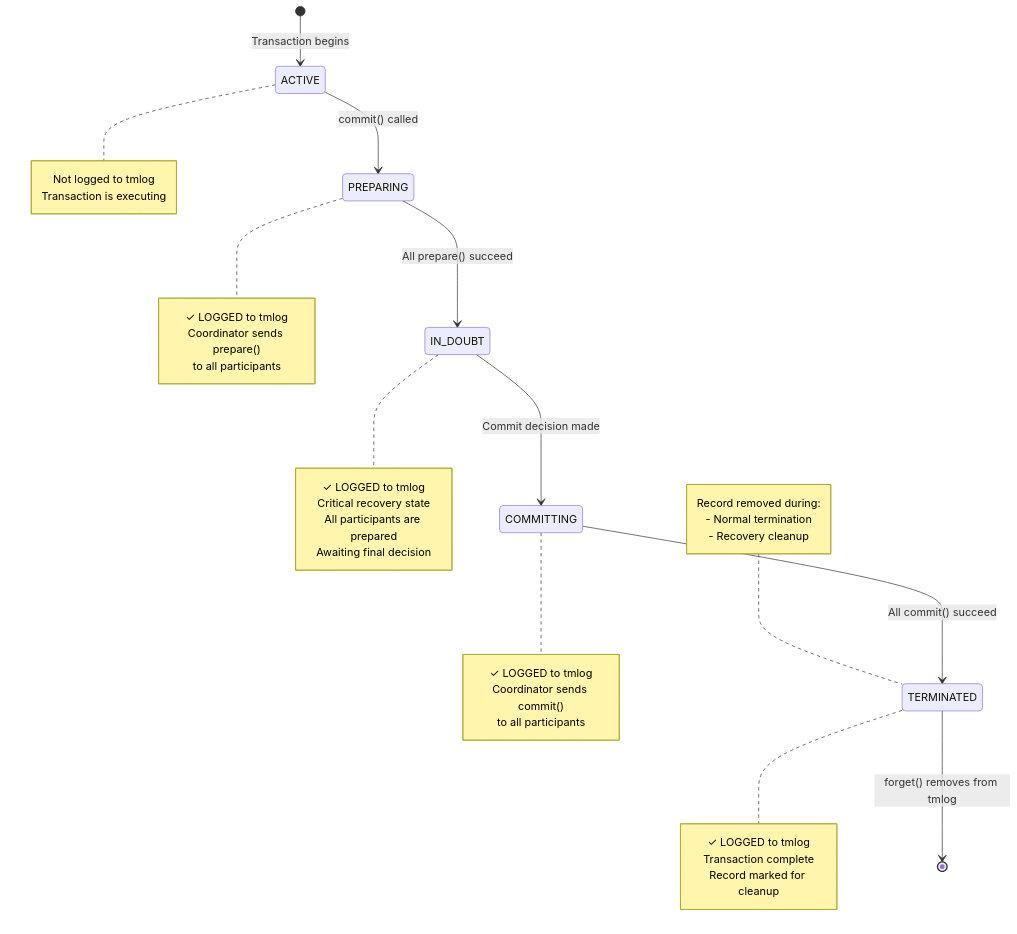
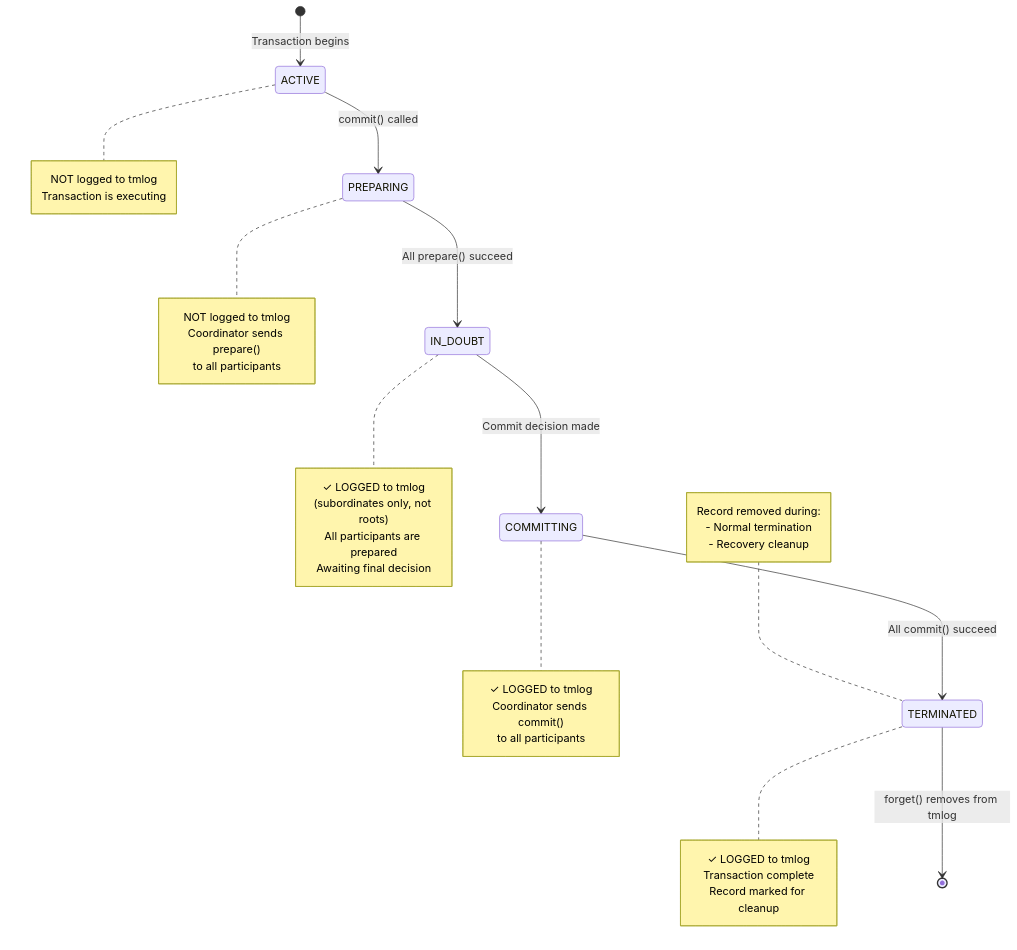
One commit to rrobetti/atomikos-transactions-essentials changed the first of 3 diagrams in ATOMIKOS_TMLOG_RESEARCH.md. Above: the diagram before and after it, drawn with Mermaid. The commit also changed other lines of this file, not shown here.

Commit message:
MAJOR CORRECTION: Fix tmlog documentation based on actual code analysis

````diff
--- a/ATOMIKOS_TMLOG_RESEARCH.md
+++ b/ATOMIKOS_TMLOG_RESEARCH.md
@@ -521,50 +539,50 @@
 ```mermaid
 stateDiagram-v2
     [*] --> ACTIVE: Transaction begins
     
     note right of ACTIVE
-        Not logged to tmlog
+        NOT logged to tmlog
         Transaction is executing
     end note
     
     ACTIVE --> PREPARING: commit() called
     
     note right of PREPARING
-        ✓ LOGGED to tmlog
+        NOT logged to tmlog
         Coordinator sends prepare()
         to all participants
     end note
     
     PREPARING --> IN_DOUBT: All prepare() succeed
     
     note right of IN_DOUBT
         ✓ LOGGED to tmlog
-        Critical recovery state
+        (subordinates only, not roots)
         All participants are prepared
         Awaiting final decision
     end note
     
     IN_DOUBT --> COMMITTING: Commit decision made
     
     note right of COMMITTING
         ✓ LOGGED to tmlog
         Coordinator sends commit()
         to all participants
     end note
     
     COMMITTING --> TERMINATED: All commit() succeed
     
     note right of TERMINATED
         ✓ LOGGED to tmlog
         Transaction complete
         Record marked for cleanup
     end note
     
     TERMINATED --> [*]: forget() removes from tmlog
     
     note left of TERMINATED
         Record removed during:
         - Normal termination
         - Recovery cleanup
     end note
 ```
````
